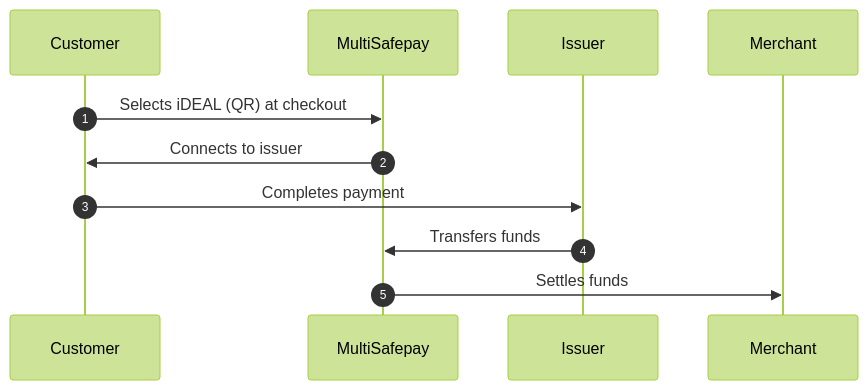
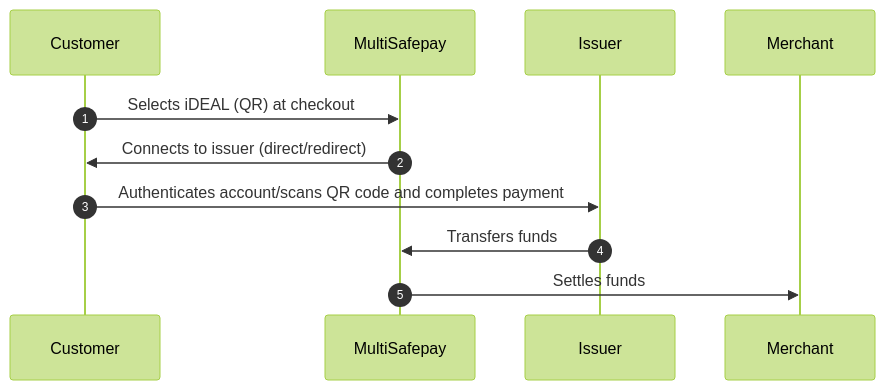
One commit to MultiSafepay/docs changed the diagram in content/payments/methods/banks/ideal/payment-flow.md. Above: the diagram before and after it, drawn with Mermaid (forest theme). The commit also changed other lines of this file and 38 other files, not shown here.

```diff
--- a/content/payments/methods/banks/ideal/payment-flow.md
+++ b/content/payments/methods/banks/ideal/payment-flow.md
@@ -26,16 +18,16 @@
 {{< mermaid class="text-center" >}}
 
 sequenceDiagram
     autonumber
     participant C as Customer
     participant Mu as MultiSafepay
     participant I as Issuer
     participant Me as Merchant
 
     C->>Mu: Selects iDEAL (QR) at checkout
-    Mu->>C: Connects to issuer
-    C->>I: Completes payment
+    Mu->>C: Connects to issuer (direct/redirect)
+    C->>I: Authenticates account/scans QR code and completes payment
     I->>Mu: Transfers funds 
     Mu->>Me: Settles funds
 
 {{< /mermaid >}}
```
